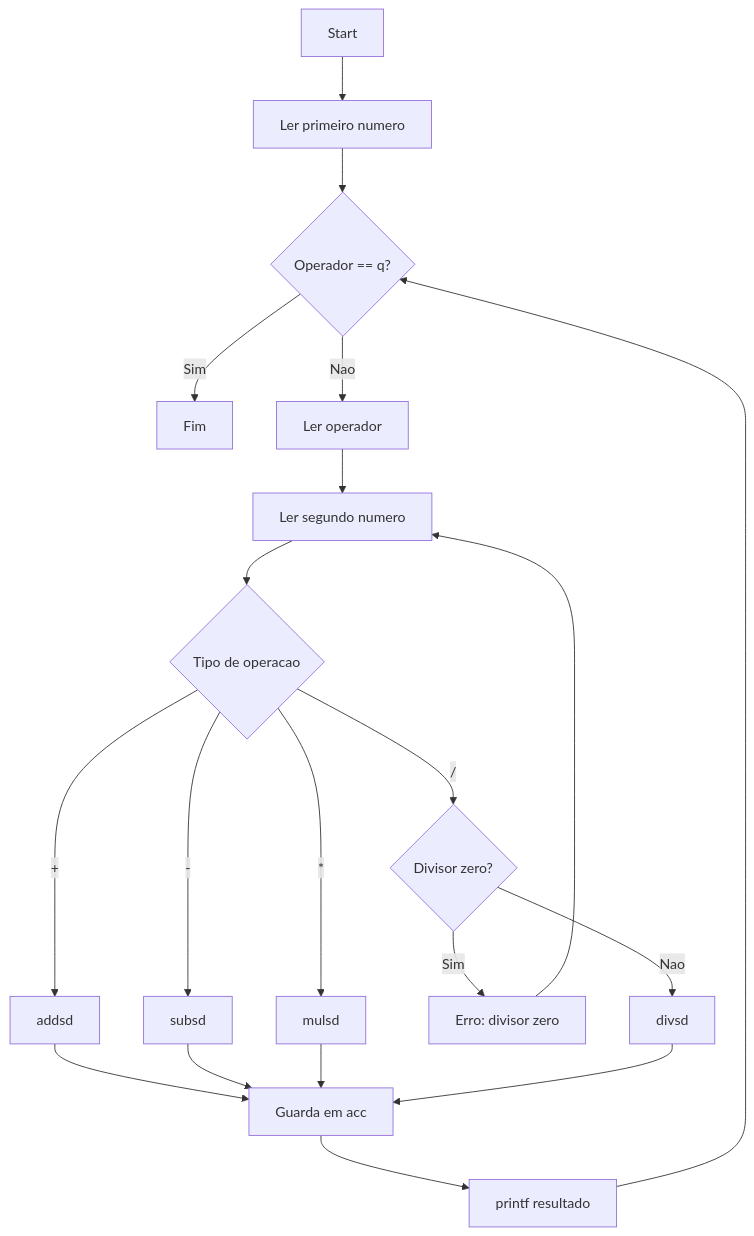
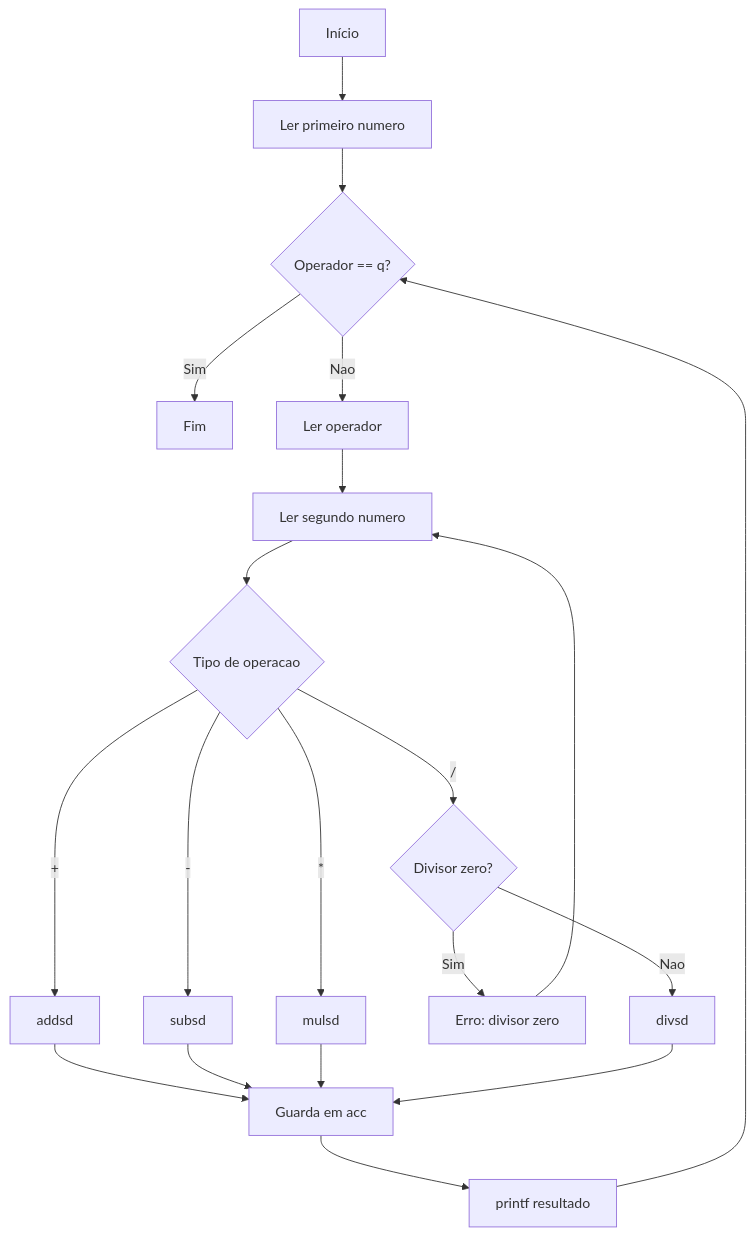
Before and after one commit to rafaelrbnet/calcASM: the diagram in fluxo.md, drawn with Mermaid.

````diff
--- a/fluxo.md
+++ b/fluxo.md
@@ -11,22 +11,22 @@
 ```mermaid
 flowchart TD
-    A[Start] --> B[Ler primeiro numero]
+    A[Início] --> B[Ler primeiro numero]
     B --> C{Operador == q?}
     C -->|Sim| Z[Fim]
     C -->|Nao| D[Ler operador]
     D --> E[Ler segundo numero]
     E --> F{Tipo de operacao}
     F -->|+| G[addsd]
     F -->|-| H[subsd]
     F -->|*| I[mulsd]
     F -->|/| J{Divisor zero?}
     J -->|Sim| K[Erro: divisor zero]
     K --> E
     J -->|Nao| L[divsd]
     G --> M[Guarda em acc]
     H --> M
     I --> M
     L --> M
     M --> N[printf resultado]
     N --> C
 ```
````
